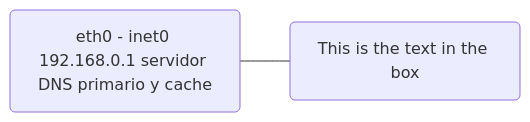
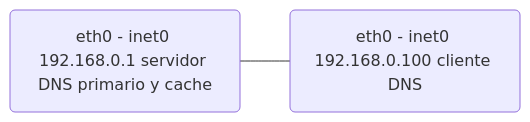
Before and after one commit to jenmiu2/Ampliacion-de-Sistemas-Operativos-y-Redes: the diagram in REDES/P1.3.md, drawn with Mermaid. The commit also changed other lines of this file, not shown here.

Commit message:
REDES/P1.3.md updated from https://stackedit.io/

````diff
--- a/REDES/P1.3.md
+++ b/REDES/P1.3.md
@@ -38,6 +38,6 @@
 ```mermaid
 graph LR
 VM1 --- VM2
 VM1(eth0 - inet0 192.168.0.1 servidor DNS primario y cache)
-VM2(This is the text in the box)
+VM2(eth0 - inet0 192.168.0.100 cliente DNS)
 ```
````
